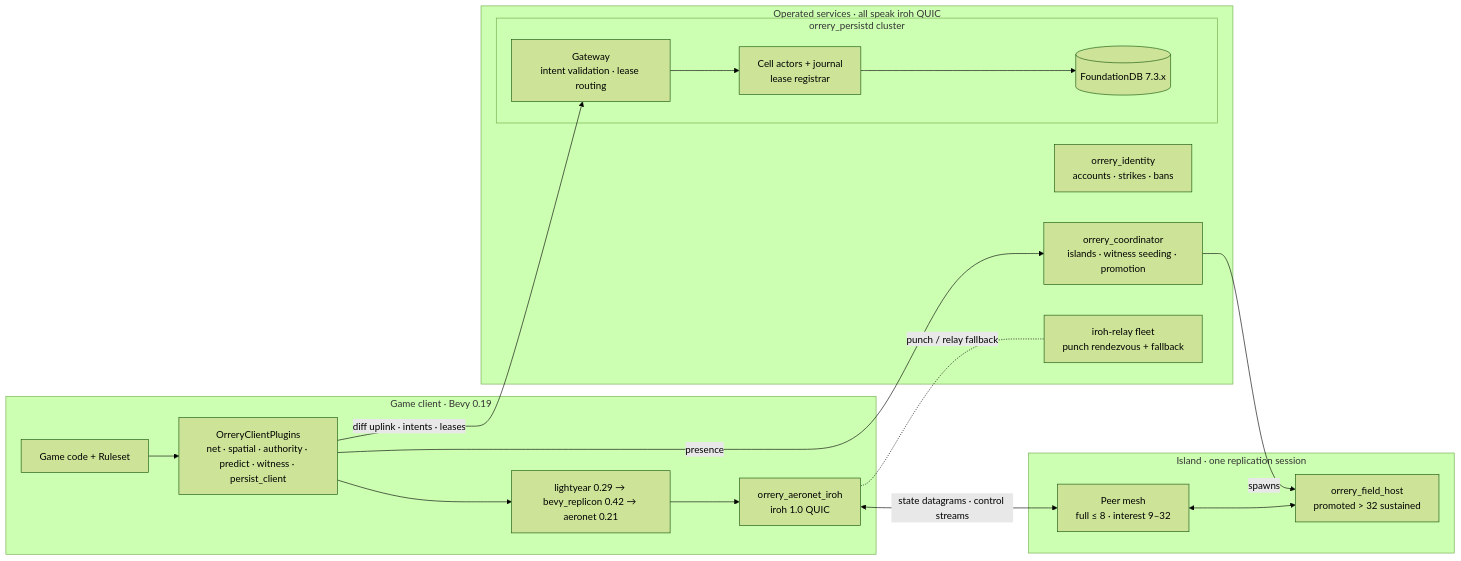
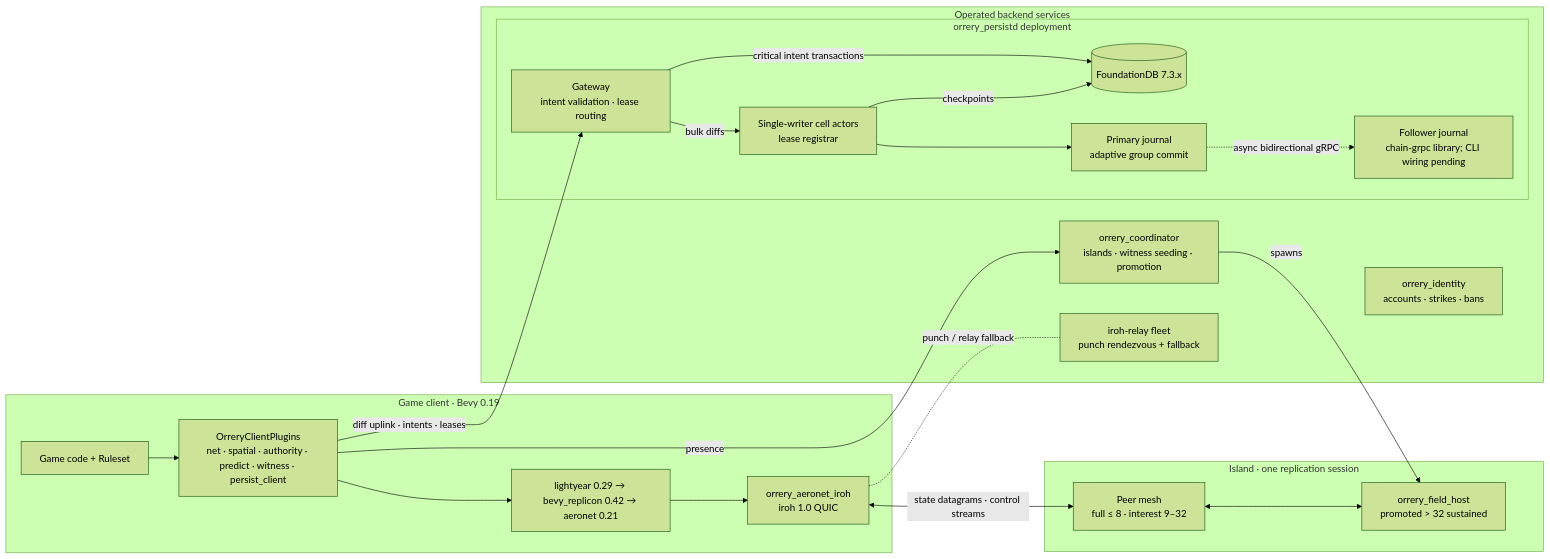
The diagram in README.md (baadc0de/orrery), drawn with Mermaid (forest theme) before and after one commit. The commit also changed other lines of this file, not shown here.

Commit message:
docs: refresh repository status

````diff
--- a/README.md
+++ b/README.md
@@ -24,34 +24,40 @@
 ```mermaid
 graph LR
     subgraph client["Game client · Bevy 0.19"]
         game["Game code + Ruleset"]
         plugins["OrreryClientPlugins<br/>net · spatial · authority · predict · witness · persist_client"]
         stack["lightyear 0.29 → bevy_replicon 0.42 → aeronet 0.21"]
         io["orrery_aeronet_iroh<br/>iroh 1.0 QUIC"]
         game --> plugins --> stack --> io
     end
 
     subgraph island["Island · one replication session"]
         peers["Peer mesh<br/>full ≤ 8 · interest 9–32"]
         fieldhost["orrery_field_host<br/>promoted &gt; 32 sustained"]
         peers <--> fieldhost
     end
 
-    subgraph backend["Operated services · all speak iroh QUIC"]
+    subgraph backend["Operated backend services"]
         relays["iroh-relay fleet<br/>punch rendezvous + fallback"]
         coord["orrery_coordinator<br/>islands · witness seeding · promotion"]
         identity["orrery_identity<br/>accounts · strikes · bans"]
-        subgraph persistd["orrery_persistd cluster"]
+        subgraph persistd["orrery_persistd deployment"]
             gateway["Gateway<br/>intent validation · lease routing"]
-            actors["Cell actors + journal<br/>lease registrar"]
+            actors["Single-writer cell actors<br/>lease registrar"]
+            journal["Primary journal<br/>adaptive group commit"]
+            mirror["Follower journal<br/>chain-grpc library; CLI wiring pending"]
             fdb[("FoundationDB 7.3.x")]
-            gateway --> actors --> fdb
+            gateway -->|"bulk diffs"| actors
+            actors --> journal
+            journal -.->|"async bidirectional gRPC"| mirror
+            actors -->|"checkpoints"| fdb
+            gateway -->|"critical intent transactions"| fdb
         end
     end
 
     io <-->|"state datagrams · control streams"| peers
     io -.-|"punch / relay fallback"| relays
     plugins -->|"presence"| coord
     plugins -->|"diff uplink · intents · leases"| gateway
     coord -->|"spawns"| fieldhost
 ```
````
